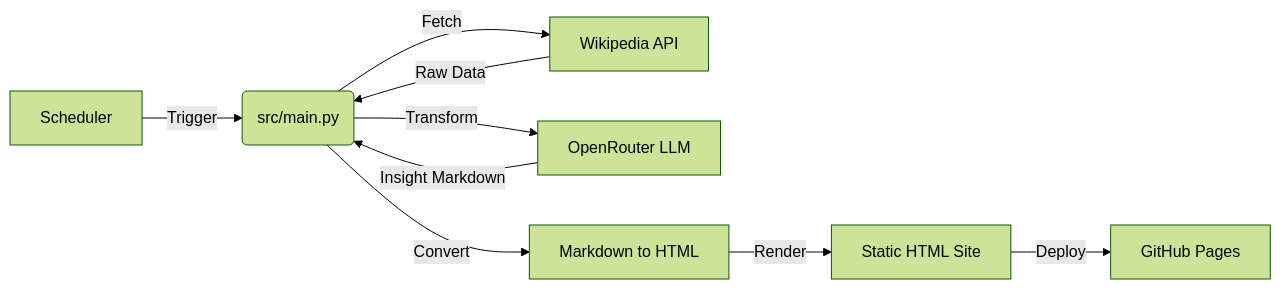
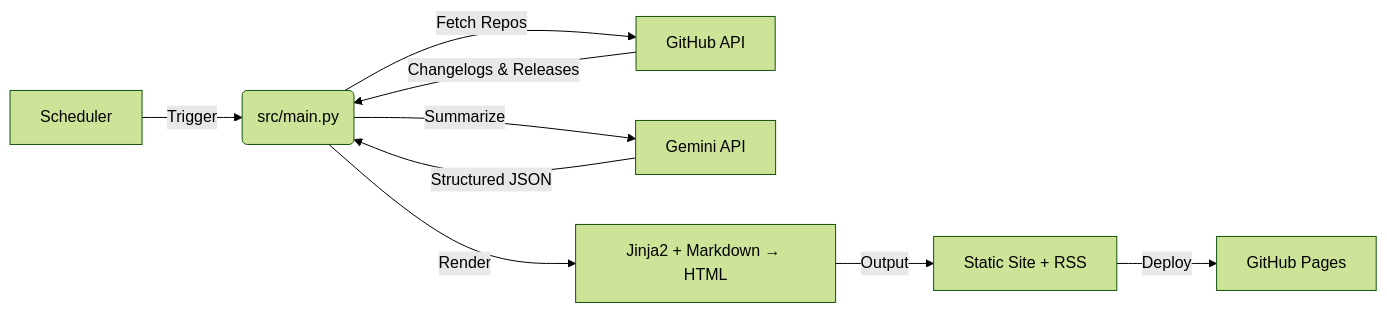
Before and after one commit to Makary-Kleinschmidt/ai-changelog-insights: the diagram in ARCHITECTURE.md, drawn with Mermaid (forest theme). The commit also changed other lines of this file and 6 other files, not shown here.

````diff
--- a/ARCHITECTURE.md
+++ b/ARCHITECTURE.md
@@ -9,11 +9,11 @@
 ```mermaid
 graph LR
     A[Scheduler] -->|Trigger| B(src/main.py)
-    B -->|Fetch| C[Wikipedia API]
-    C -->|Raw Data| B
-    B -->|Transform| D[OpenRouter LLM]
-    D -->|Insight Markdown| B
-    B -->|Convert| E[Markdown to HTML]
-    E -->|Render| F[Static HTML Site]
+    B -->|Fetch Repos| C[GitHub API]
+    C -->|Changelogs & Releases| B
+    B -->|Summarize| D[Gemini API]
+    D -->|Structured JSON| B
+    B -->|Render| E[Jinja2 + Markdown → HTML]
+    E -->|Output| F[Static Site + RSS]
     F -->|Deploy| G[GitHub Pages]
 ```
````
